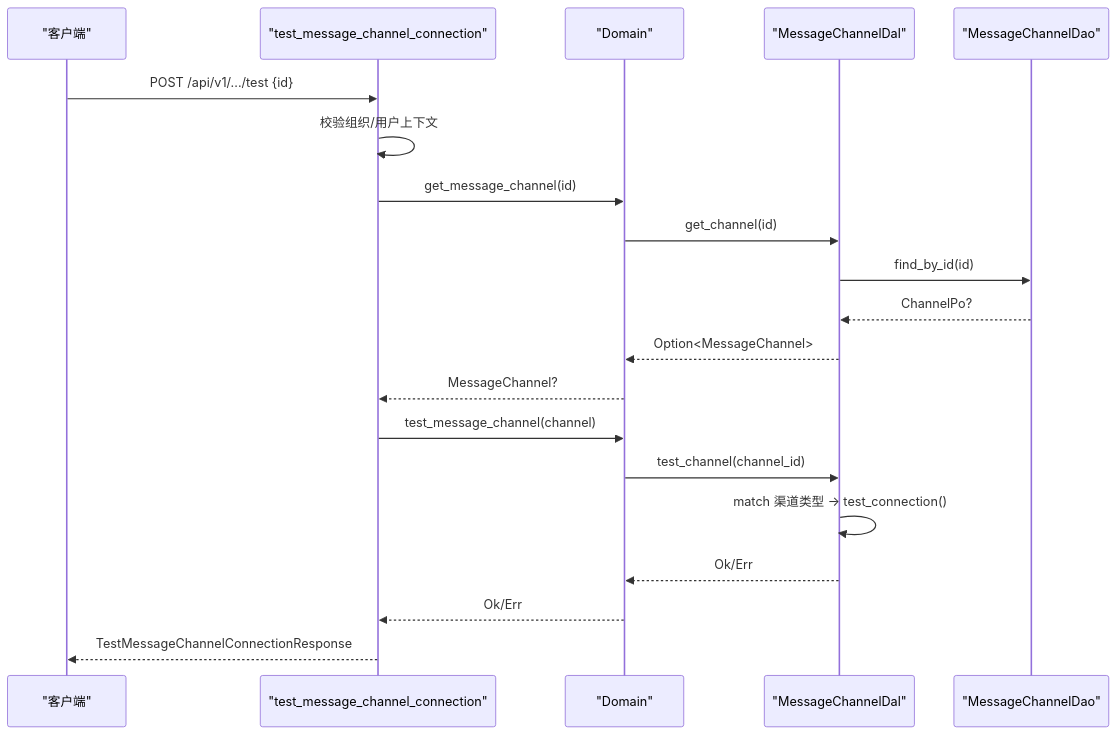
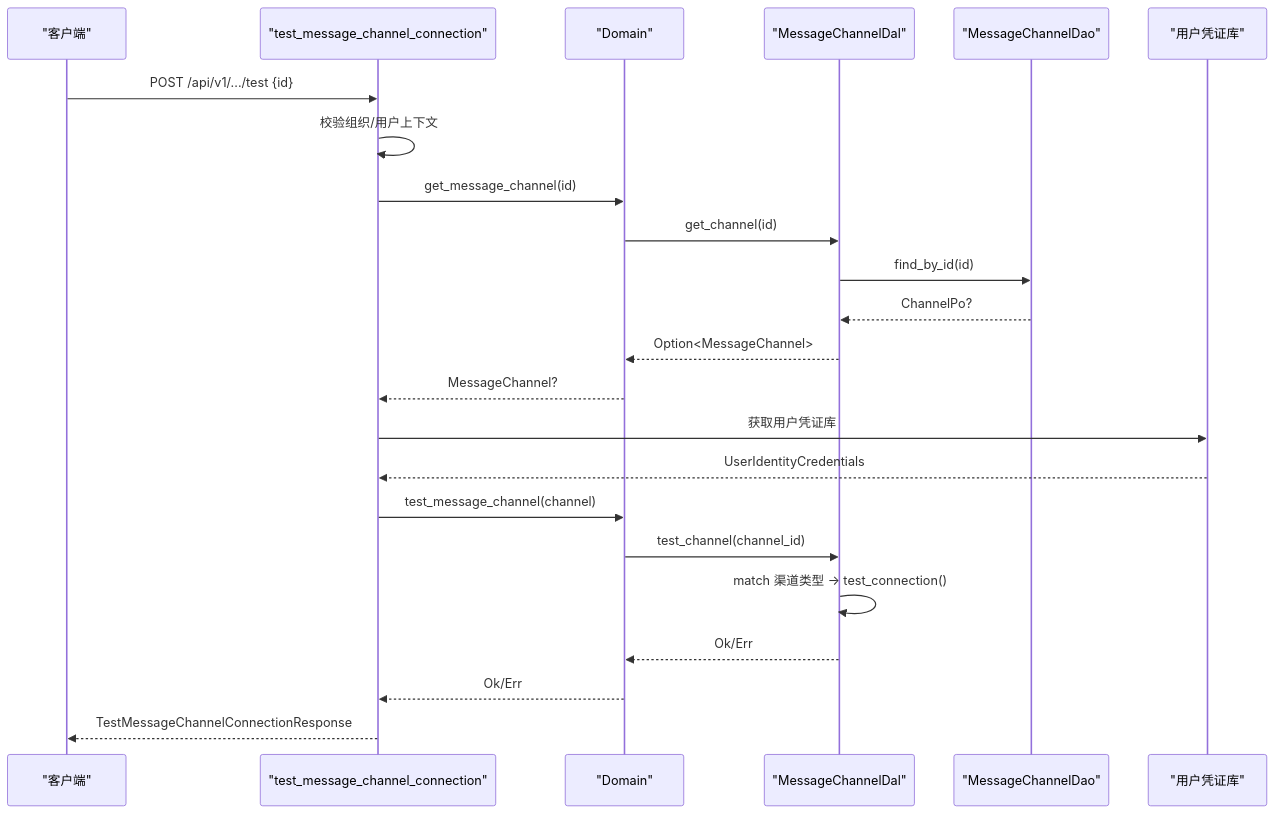
One commit to runningcoders/ai_orz changed the fifth of 6 diagrams in .qoder/repowiki/zh/content/功能模块/消息系统/消息渠道管理.md. Above: the diagram before and after it, drawn with Mermaid. The commit also changed other lines of this file and 9 other files, not shown here.

````diff
--- a/.qoder/repowiki/zh/content/功能模块/消息系统/消息渠道管理.md
+++ b/.qoder/repowiki/zh/content/功能模块/消息系统/消息渠道管理.md
@@ -203,22 +278,25 @@
 ```mermaid
 sequenceDiagram
 participant C as "客户端"
 participant H as "test_message_channel_connection"
 participant D as "Domain"
 participant DAL as "MessageChannelDal"
 participant MC as "MessageChannelDao"
+participant U as "用户凭证库"
 C->>H : POST /api/v1/.../test {id}
 H->>H : 校验组织/用户上下文
 H->>D : get_message_channel(id)
 D->>DAL : get_channel(id)
 DAL->>MC : find_by_id(id)
 MC-->>DAL : ChannelPo?
 DAL-->>D : Option<MessageChannel>
 D-->>H : MessageChannel?
+H->>U : 获取用户凭证库
+U-->>H : UserIdentityCredentials
 H->>D : test_message_channel(channel)
 D->>DAL : test_channel(channel_id)
 DAL->>DAL : match 渠道类型 -> test_connection()
 DAL-->>D : Ok/Err
 D-->>H : Ok/Err
 H-->>C : TestMessageChannelConnectionResponse
 ```
````
